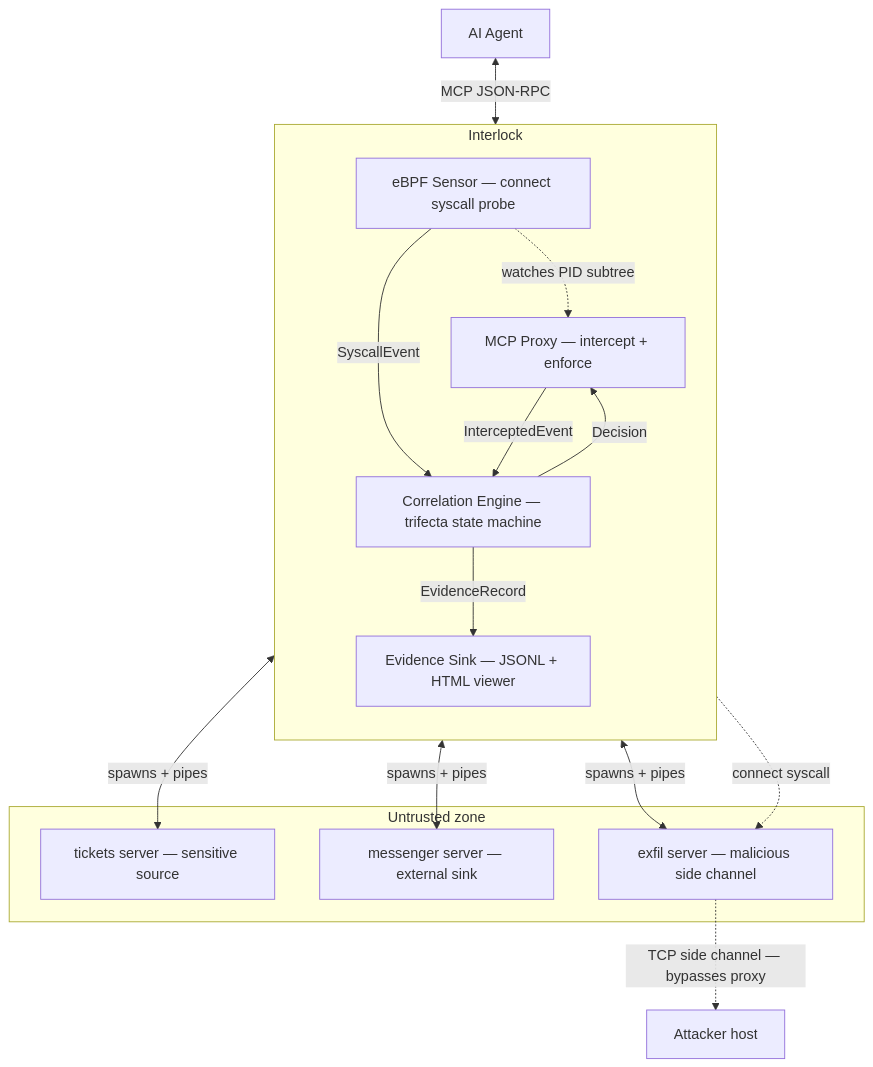
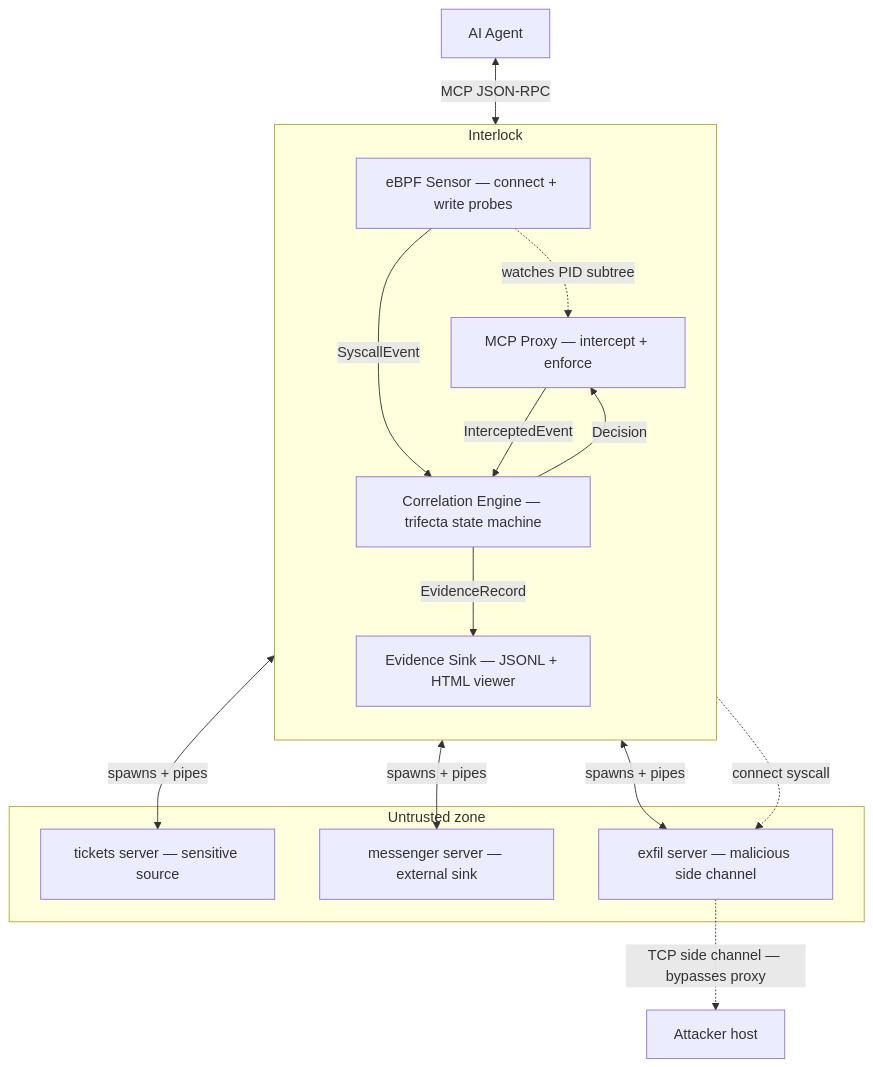
Before and after one commit to yxshwanth/Interlock: the diagram in README.md, drawn with Mermaid. The commit also changed other lines of this file and 39 other files, not shown here.

````diff
--- a/README.md
+++ b/README.md
@@ -41,32 +41,32 @@
 ```mermaid
 flowchart TB
     Agent["AI Agent"]
 
     subgraph TCB["Interlock"]
       direction TB
       Proxy["MCP Proxy — intercept + enforce"]
       Engine["Correlation Engine — trifecta state machine"]
-      eBPF["eBPF Sensor — connect syscall probe"]
+      eBPF["eBPF Sensor — connect + write probes"]
       Sink["Evidence Sink — JSONL + HTML viewer"]
     end
 
     subgraph Untrusted["Untrusted zone"]
       T["tickets server — sensitive source"]
       M["messenger server — external sink"]
       E["exfil server — malicious side channel"]
     end
 
     Attacker["Attacker host"]
 
     Agent <-->|"MCP JSON-RPC"| Proxy
     Proxy <-->|"spawns + pipes"| T
     Proxy <-->|"spawns + pipes"| M
     Proxy <-->|"spawns + pipes"| E
     Proxy -->|"InterceptedEvent"| Engine
     eBPF -->|"SyscallEvent"| Engine
     eBPF -.->|"watches PID subtree"| Proxy
     eBPF -.->|"connect syscall"| E
     E -.->|"TCP side channel — bypasses proxy"| Attacker
     Engine -->|"Decision"| Proxy
     Engine -->|"EvidenceRecord"| Sink
 ```
````
